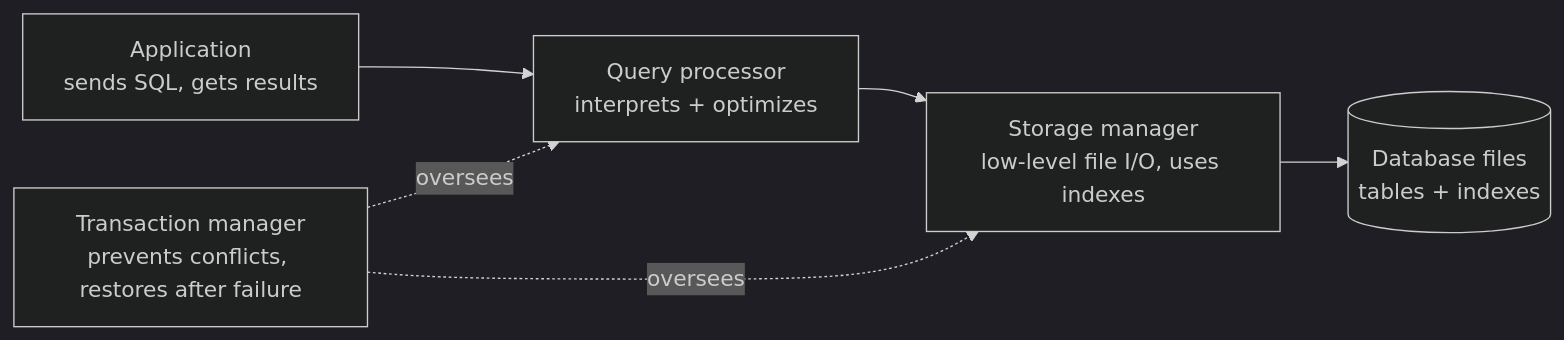
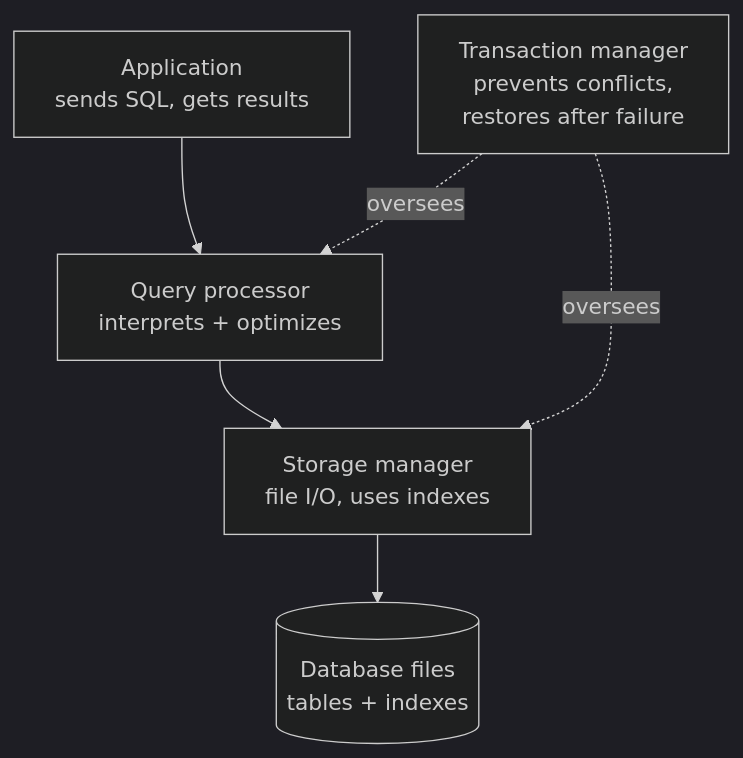
Before and after one commit to UnkwnCokonut/wgu-d426-study-guide: the diagram in guide/01-database-basics.md, drawn with Mermaid (dark theme). The commit also changed 3 other files, not shown here.

First line of the commit message:
Make guide diagrams readable on phones

````diff
--- a/guide/01-database-basics.md
+++ b/guide/01-database-basics.md
@@ -13,8 +13,8 @@
 ```mermaid
-flowchart LR
+flowchart TD
   A["Application<br/>sends SQL, gets results"] --> Q["Query processor<br/>interprets + optimizes"]
-  Q --> S["Storage manager<br/>low-level file I/O, uses indexes"]
+  Q --> S["Storage manager<br/>file I/O, uses indexes"]
   S --> D[("Database files<br/>tables + indexes")]
-  T["Transaction manager<br/>prevents conflicts, restores after failure"] -.oversees.-> Q
+  T["Transaction manager<br/>prevents conflicts,<br/>restores after failure"] -.oversees.-> Q
   T -.oversees.-> S
 ```
````
